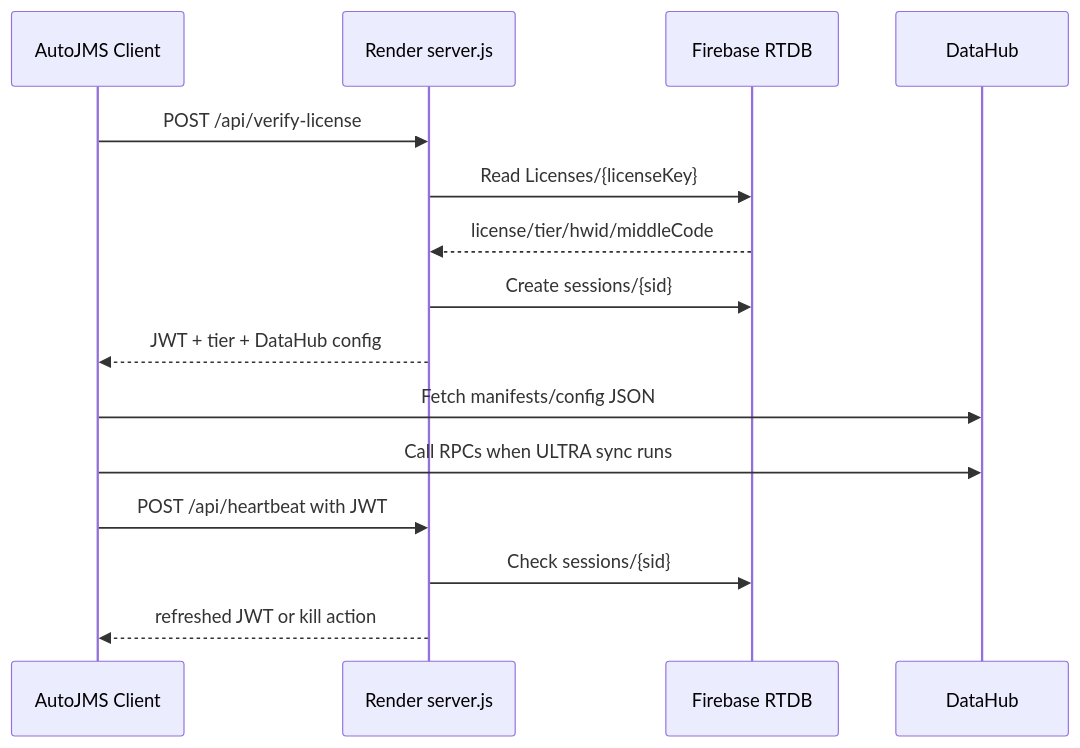
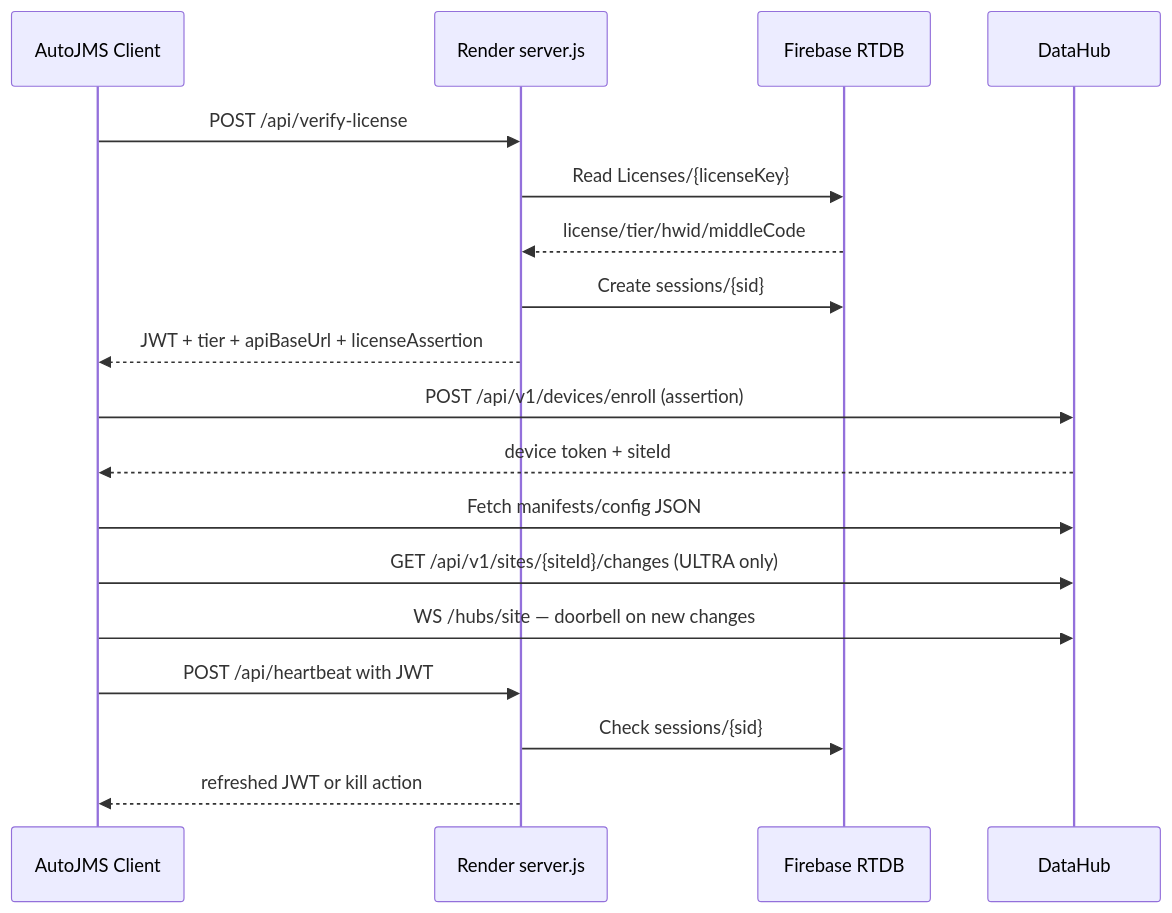
Before and after one commit to Datt03-sss/AutoJMS: the diagram in backend/BACKEND_OPERATIONS.md, drawn with Mermaid. The commit also changed other lines of this file and 62 other files, not shown here.

````diff
--- a/backend/BACKEND_OPERATIONS.md
+++ b/backend/BACKEND_OPERATIONS.md
@@ -476,18 +521,21 @@
 ```mermaid
 sequenceDiagram
     participant Client as AutoJMS Client
     participant Render as Render server.js
     participant Firebase as Firebase RTDB
     participant DataHub as DataHub
 
     Client->>Render: POST /api/verify-license
     Render->>Firebase: Read Licenses/{licenseKey}
     Firebase-->>Render: license/tier/hwid/middleCode
     Render->>Firebase: Create sessions/{sid}
-    Render-->>Client: JWT + tier + DataHub config
+    Render-->>Client: JWT + tier + apiBaseUrl + licenseAssertion
+    Client->>DataHub: POST /api/v1/devices/enroll (assertion)
+    DataHub-->>Client: device token + siteId
     Client->>DataHub: Fetch manifests/config JSON
-    Client->>DataHub: Call RPCs when ULTRA sync runs
+    Client->>DataHub: GET /api/v1/sites/{siteId}/changes (ULTRA only)
+    Client->>DataHub: WS /hubs/site — doorbell on new changes
     Client->>Render: POST /api/heartbeat with JWT
     Render->>Firebase: Check sessions/{sid}
     Render-->>Client: refreshed JWT or kill action
 ```
````
